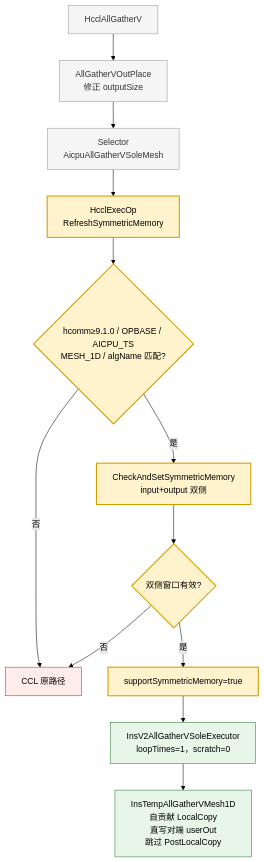
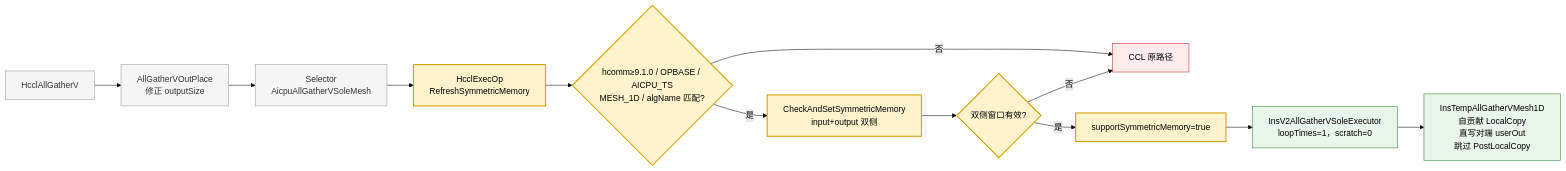
Before and after one commit to cassielee-tech/my-lib: the first of 10 diagrams in design/26RP4/支持allgatherV、reduce算子的零拷贝模式/SRS_SD-AllGatherV与Reduce零拷贝.md, drawn with Mermaid (forest theme).

Commit message:
docs: 图 2-1 改为横向布局

````diff
--- a/design/26RP4/支持allgatherV、reduce算子的零拷贝模式/SRS_SD-AllGatherV与Reduce零拷贝.md
+++ b/design/26RP4/支持allgatherV、reduce算子的零拷贝模式/SRS_SD-AllGatherV与Reduce零拷贝.md
@@ -80,22 +80,22 @@
 ```mermaid
-flowchart TD
+flowchart LR
     A["HcclAllGatherV"] --> B["AllGatherVOutPlace<br/>修正 outputSize"]
     B --> C["Selector<br/>AicpuAllGatherVSoleMesh"]
     C --> D["HcclExecOp<br/>RefreshSymmetricMemory"]
     D --> E{"hcomm≥9.1.0 / OPBASE / AICPU_TS<br/>MESH_1D / algName 匹配?"}
     E -- 否 --> X["CCL 原路径"]
     E -- 是 --> F["CheckAndSetSymmetricMemory<br/>input+output 双侧"]
     F --> G{"双侧窗口有效?"}
     G -- 否 --> X
     G -- 是 --> H["supportSymmetricMemory=true"]
     H --> I["InsV2AllGatherVSoleExecutor<br/>loopTimes=1，scratch=0"]
     I --> J["InsTempAllGatherVMesh1D<br/>自贡献 LocalCopy<br/>直写对端 userOut<br/>跳过 PostLocalCopy"]
     classDef changed fill:#fff3cd,stroke:#d39e00,stroke-width:2px,color:#000;
     classDef existing fill:#f5f5f5,stroke:#999,color:#333;
     classDef fallback fill:#fdecea,stroke:#c62828,color:#000;
     classDef direct fill:#e8f5e9,stroke:#2e7d32,color:#000;
     class A,B,C existing;
     class D,E,F,G,H changed;
     class X fallback;
     class I,J direct;
 ```
````
